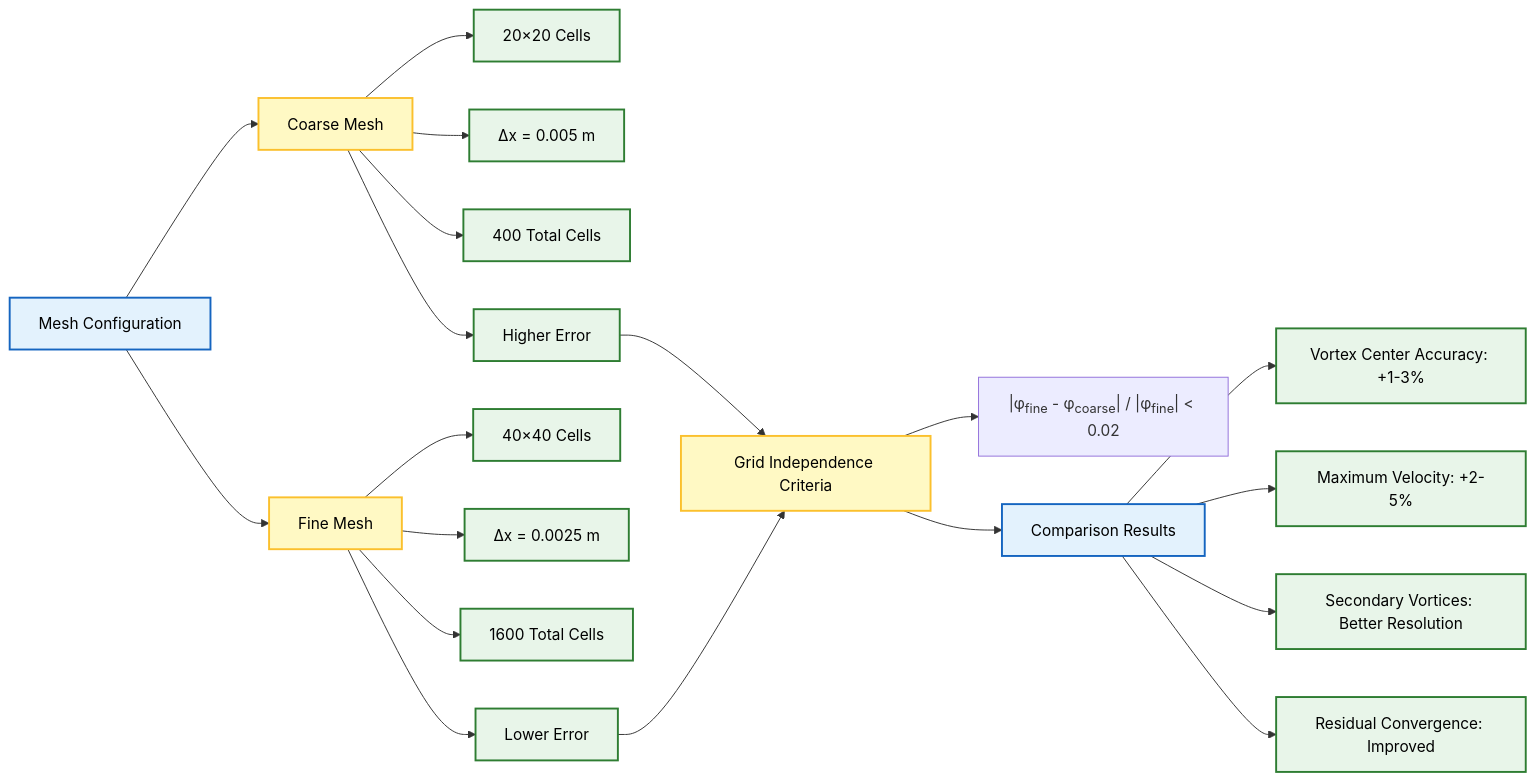
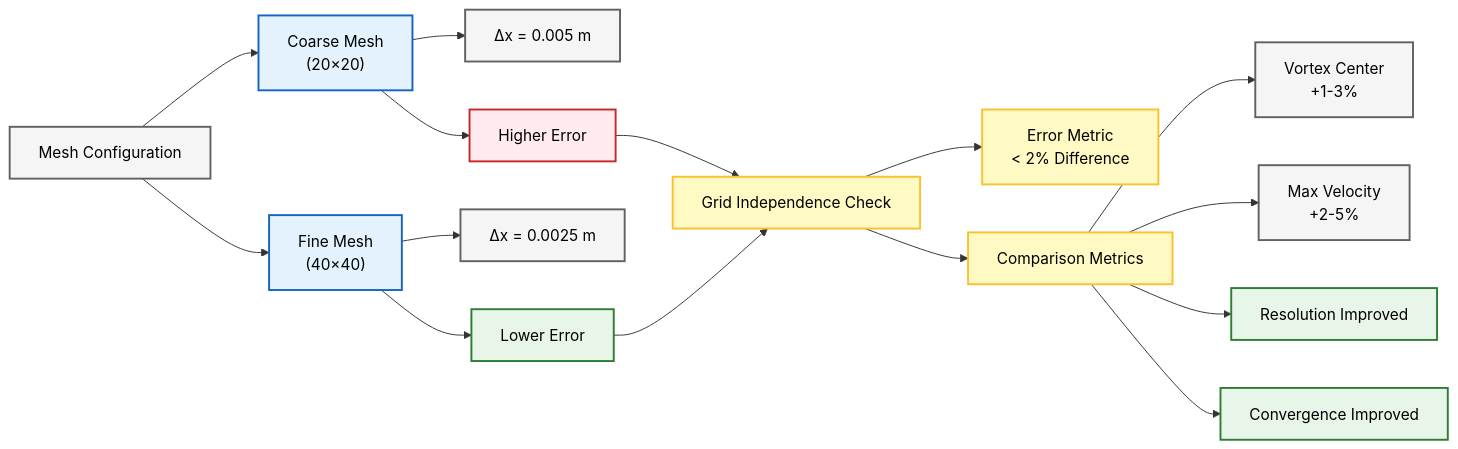
One commit to wramet/build-my-cfd changed the second of 2 diagrams in MODULE_01_CFD_FUNDAMENTALS/CONTENT/04_FIRST_SIMULATION/06_Exercises.md. Above: the diagram before and after it, drawn with Mermaid. The commit also changed other lines of this file and 313 other files, not shown here.

Commit message:
Revise all diagram

````diff
--- a/MODULE_01_CFD_FUNDAMENTALS/CONTENT/04_FIRST_SIMULATION/06_Exercises.md
+++ b/MODULE_01_CFD_FUNDAMENTALS/CONTENT/04_FIRST_SIMULATION/06_Exercises.md
@@ -190,35 +194,28 @@
 ```mermaid
-graph LR
-    A["Mesh Configuration"] --> B["Coarse Mesh"]
-    A --> C["Fine Mesh"]
+flowchart LR
+    A["Mesh Configuration"]:::context --> B["Coarse Mesh<br/>(20×20)"]:::implicit
+    A --> C["Fine Mesh<br/>(40×40)"]:::implicit
+    
+    B --> B1["Δx = 0.005 m"]:::context
+    B --> B2["Higher Error"]:::volatile
+    
+    C --> C1["Δx = 0.0025 m"]:::context
+    C --> C2["Lower Error"]:::success
+    
+    B2 --> D["Grid Independence Check"]:::explicit
+    C2 --> D
+    
+    D --> E["Error Metric<br/>< 2% Difference"]:::explicit
+    D --> F["Comparison Metrics"]:::explicit
+    
+    F --> F1["Vortex Center<br/>+1-3%"]:::context
+    F --> F2["Max Velocity<br/>+2-5%"]:::context
+    F --> F3["Resolution Improved"]:::success
+    F --> F4["Convergence Improved"]:::success
 
-    B --> B1["20×20 Cells"]
-    B --> B2["Δx = 0.005 m"]
-    B --> B3["400 Total Cells"]
-    B --> B4["Higher Error"]
-
-    C --> C1["40×40 Cells"]
-    C --> C2["Δx = 0.0025 m"]
-    C --> C3["1600 Total Cells"]
-    C --> C4["Lower Error"]
-
-    B4 --> D["Grid Independence Criteria"]
-    C4 --> D
-
-    D --> E["|φ<sub>fine</sub> - φ<sub>coarse</sub>| / |φ<sub>fine</sub>| < 0.02"]
-
-    D --> F["Comparison Results"]
-    F --> F1["Vortex Center Accuracy: +1-3%"]
-    F --> F2["Maximum Velocity: +2-5%"]
-    F --> F3["Secondary Vortices: Better Resolution"]
-    F --> F4["Residual Convergence: Improved"]
-
-    classDef process fill:#e3f2fd,stroke:#1565c0,stroke-width:2px,color:#000;
-    classDef decision fill:#fff9c4,stroke:#fbc02d,stroke-width:2px,color:#000;
-    classDef terminator fill:#ffebee,stroke:#c62828,stroke-width:2px,color:#000;
-    classDef storage fill:#e8f5e9,stroke:#2e7d32,stroke-width:2px,color:#000;
-
-    class A,F process;
-    class B,C,D decision;
-    class B1,B2,B3,B4,C1,C2,C3,C4,F1,F2,F3,F4 storage;
+classDef context fill:#f5f5f5,stroke:#616161,stroke-width:2px,color:#000;
+classDef implicit fill:#e3f2fd,stroke:#1565c0,stroke-width:2px,color:#000;
+classDef explicit fill:#fff9c4,stroke:#fbc02d,stroke-width:2px,color:#000;
+classDef volatile fill:#ffebee,stroke:#c62828,stroke-width:2px,color:#000;
+classDef success fill:#e8f5e9,stroke:#2e7d32,stroke-width:2px,color:#000;
 ```
````
